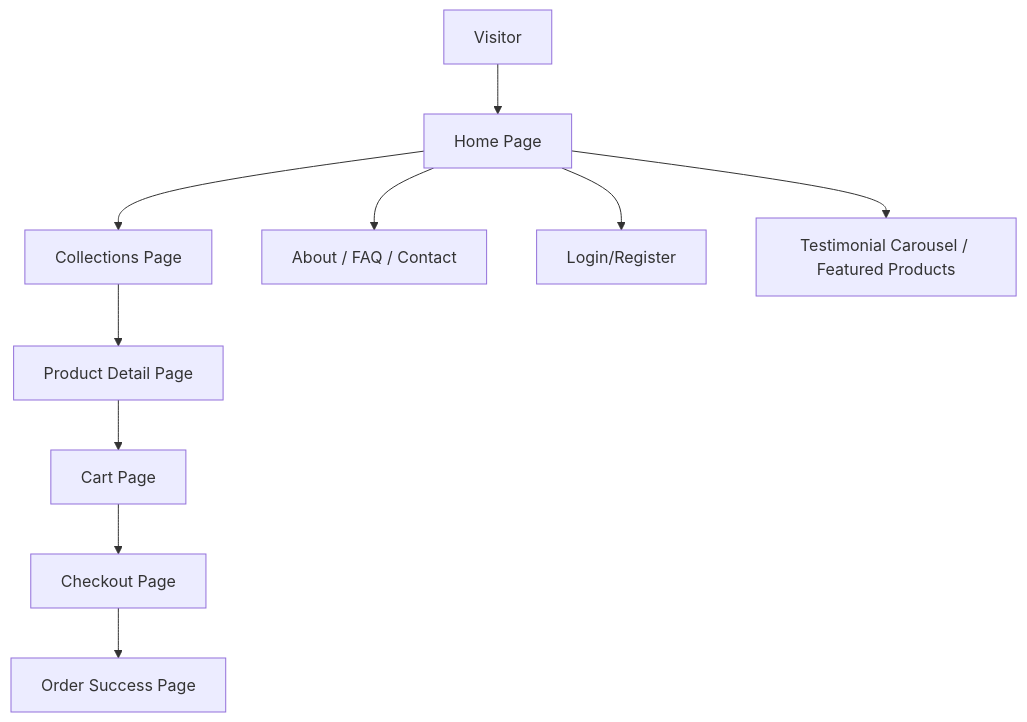
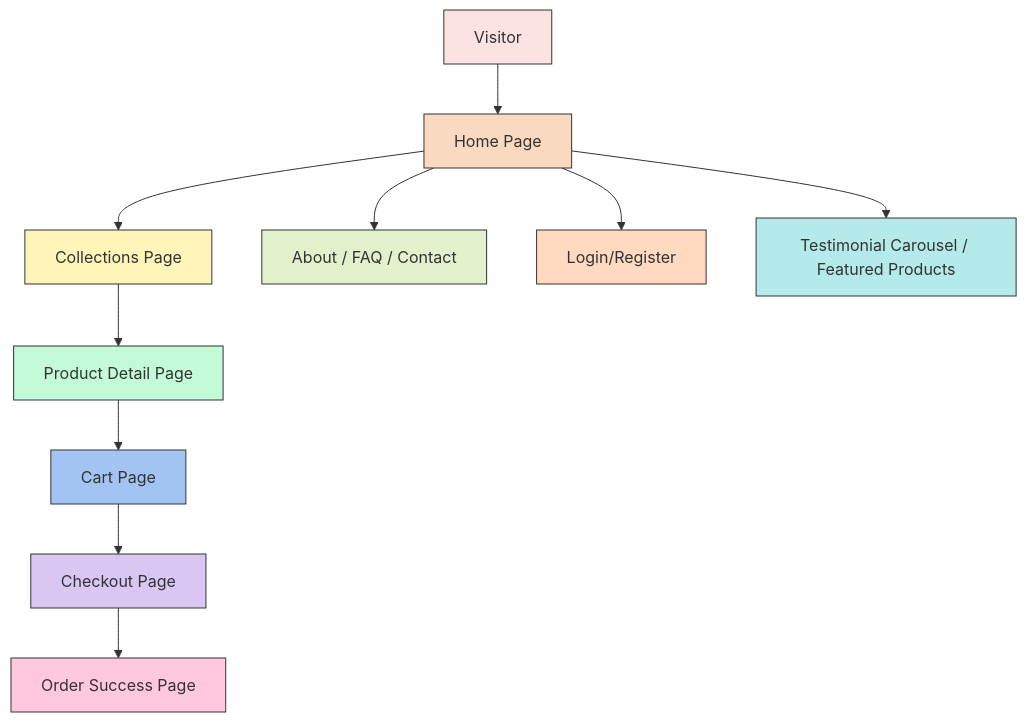
Before and after one commit to RaviRajanolla/Green-Origin: the second of 5 diagrams in README.md, drawn with Mermaid. The commit also changed other lines of this file, not shown here.

````diff
--- a/README.md
+++ b/README.md
@@ -548,13 +547,25 @@
 ```mermaid
 flowchart TD
     A[Visitor] --> B[Home Page]
     B --> C[Collections Page]
     C --> D[Product Detail Page]
     D --> E[Cart Page]
     E --> F[Checkout Page]
     F --> G[Order Success Page]
 
     B --> H[About / FAQ / Contact]
     B --> I[Login/Register]
     B --> J[Testimonial Carousel / Featured Products]
+
+    %% Decent, pastel-style colors
+    style A fill:#FDE2E2,stroke:#333,stroke-width:1px
+    style B fill:#FAD9C1,stroke:#333,stroke-width:1px
+    style C fill:#FFF5BA,stroke:#333,stroke-width:1px
+    style D fill:#C3FBD8,stroke:#333,stroke-width:1px
+    style E fill:#A3C4F3,stroke:#333,stroke-width:1px
+    style F fill:#D9C6F3,stroke:#333,stroke-width:1px
+    style G fill:#FFC8DD,stroke:#333,stroke-width:1px
+    style H fill:#E2F0CB,stroke:#333,stroke-width:1px
+    style I fill:#FFDAC1,stroke:#333,stroke-width:1px
+    style J fill:#B5EAEA,stroke:#333,stroke-width:1px
 ```
````
